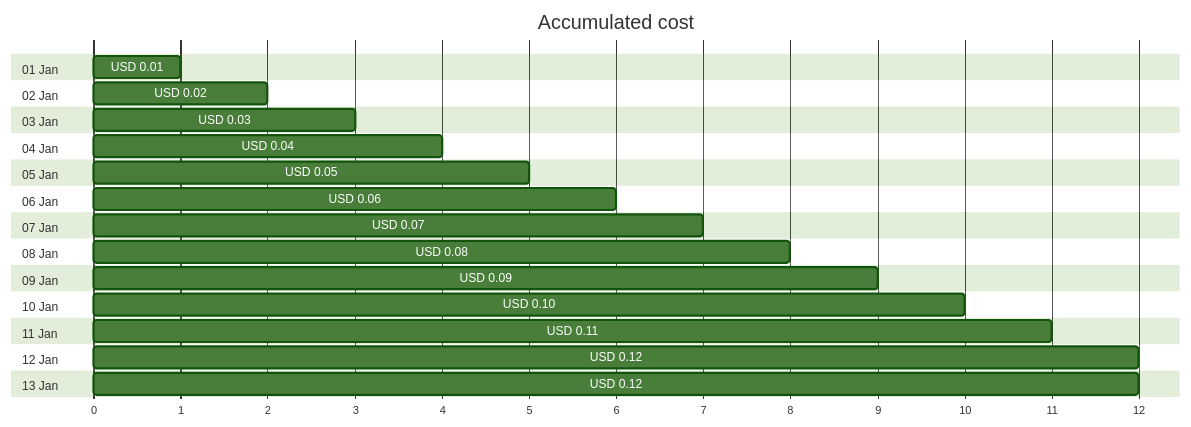
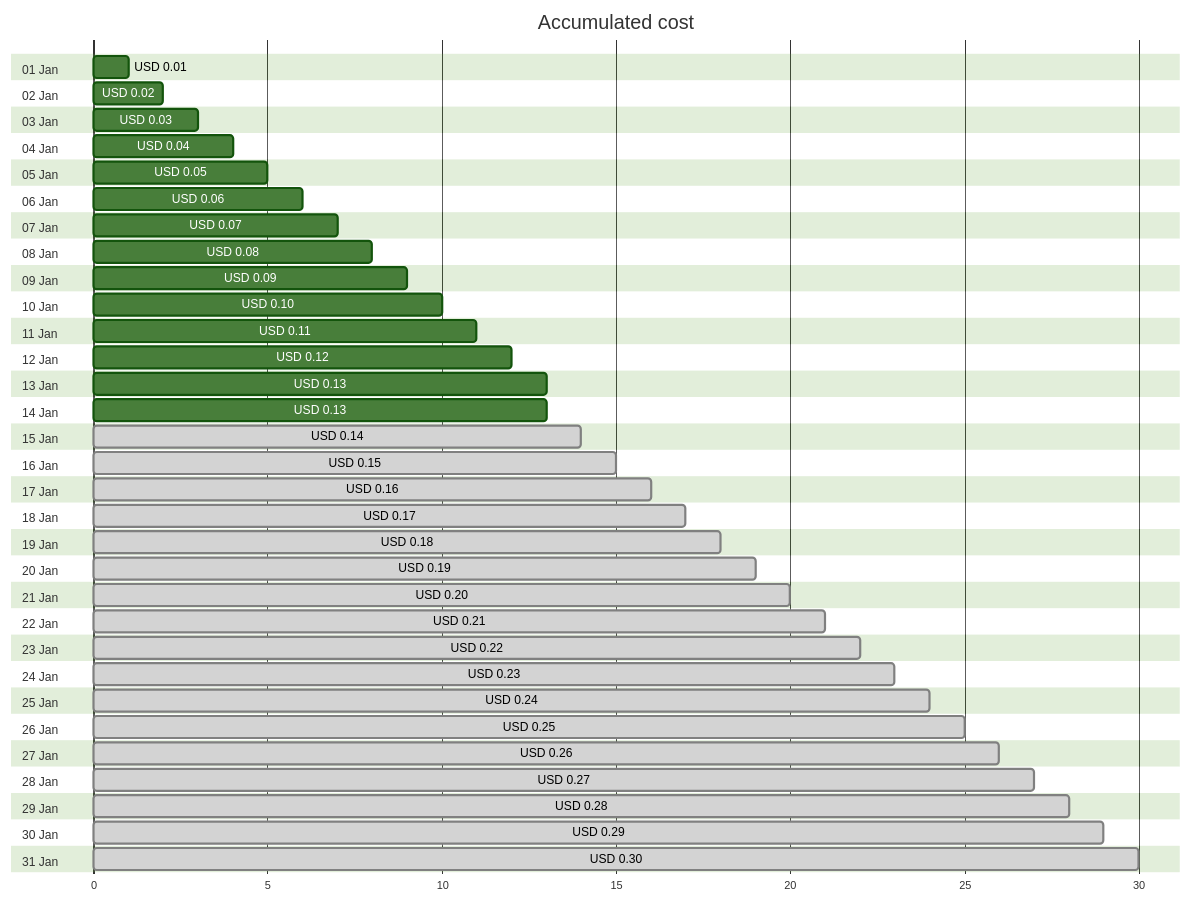
The first of 4 diagrams in cost-reports/cloud-shell-storage-eastus/cs2100300008c8d894b.md (jpfulton/azure-personal-reports), drawn with Mermaid (forest theme) before and after one commit. The commit also changed other lines of this file and 1 other file, not shown here.

Commit message:
Generated reports [skip ci]

````diff
--- a/cost-reports/cloud-shell-storage-eastus/cs2100300008c8d894b.md
+++ b/cost-reports/cloud-shell-storage-eastus/cs2100300008c8d894b.md
@@ -20,32 +20,68 @@
 ```mermaid
 gantt
    title Accumulated cost
    dateFormat  X
    axisFormat %s
    section 01 Jan
    USD 0.01 :0, 1
    section 02 Jan
    USD 0.02 :0, 2
    section 03 Jan
    USD 0.03 :0, 3
    section 04 Jan
    USD 0.04 :0, 4
    section 05 Jan
    USD 0.05 :0, 5
    section 06 Jan
    USD 0.06 :0, 6
    section 07 Jan
    USD 0.07 :0, 7
    section 08 Jan
    USD 0.08 :0, 8
    section 09 Jan
    USD 0.09 :0, 9
    section 10 Jan
    USD 0.10 :0, 10
    section 11 Jan
    USD 0.11 :0, 11
    section 12 Jan
    USD 0.12 :0, 12
    section 13 Jan
-   USD 0.12 :0, 12
+   USD 0.13 :0, 13
+   section 14 Jan
+   USD 0.13 :0, 13
+   section 15 Jan
+   USD 0.14 : done, 0, 14
+   section 16 Jan
+   USD 0.15 : done, 0, 15
+   section 17 Jan
+   USD 0.16 : done, 0, 16
+   section 18 Jan
+   USD 0.17 : done, 0, 17
+   section 19 Jan
+   USD 0.18 : done, 0, 18
+   section 20 Jan
+   USD 0.19 : done, 0, 19
+   section 21 Jan
+   USD 0.20 : done, 0, 20
+   section 22 Jan
+   USD 0.21 : done, 0, 21
+   section 23 Jan
+   USD 0.22 : done, 0, 22
+   section 24 Jan
+   USD 0.23 : done, 0, 23
+   section 25 Jan
+   USD 0.24 : done, 0, 24
+   section 26 Jan
+   USD 0.25 : done, 0, 25
+   section 27 Jan
+   USD 0.26 : done, 0, 26
+   section 28 Jan
+   USD 0.27 : done, 0, 27
+   section 29 Jan
+   USD 0.28 : done, 0, 28
+   section 30 Jan
+   USD 0.29 : done, 0, 29
+   section 31 Jan
+   USD 0.30 : done, 0, 30
 ```
````
